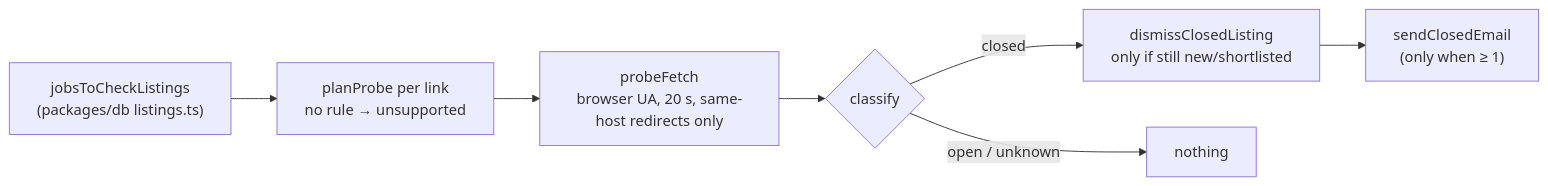
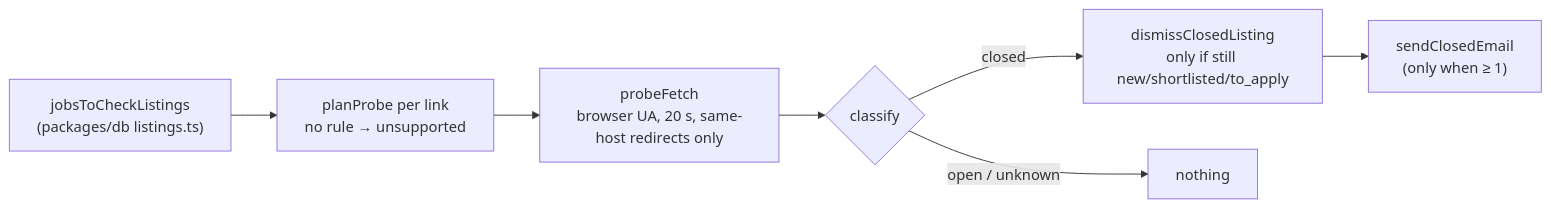
Before and after one commit to pppdns/job-agent-mastra: the diagram in apps/agent/src/listings/AGENTS.md, drawn with Mermaid. The commit also changed other lines of this file and 6 other files, not shown here.

````diff
--- a/apps/agent/src/listings/AGENTS.md
+++ b/apps/agent/src/listings/AGENTS.md
@@ -5,6 +5,6 @@
 ```mermaid
 flowchart LR
   S["jobsToCheckListings<br/>(packages/db listings.ts)"] --> P["planProbe per link<br/>no rule → unsupported"] --> F["probeFetch<br/>browser UA, 20 s, same-host redirects only"] --> C{classify}
-  C -->|closed| D["dismissClosedListing<br/>only if still new/shortlisted"] --> M["sendClosedEmail<br/>(only when ≥ 1)"]
+  C -->|closed| D["dismissClosedListing<br/>only if still new/shortlisted/to_apply"] --> M["sendClosedEmail<br/>(only when ≥ 1)"]
   C -->|open / unknown| N[nothing]
 ```
````
